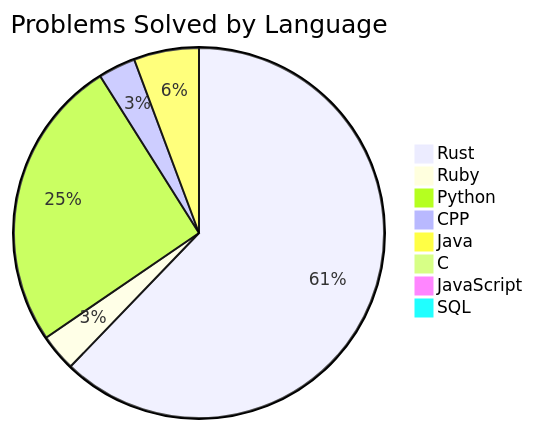
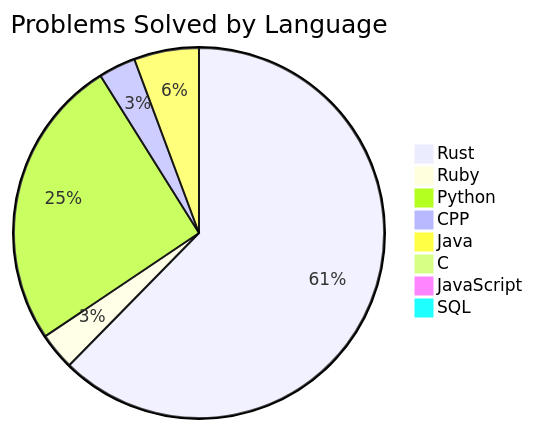
Before and after one commit to Liam-Wirth/leetcode-solutions: the second of 2 diagrams in README.md, drawn with Mermaid. The commit also changed other lines of this file and 6 other files, not shown here.

````diff
--- a/README.md
+++ b/README.md
@@ -47,11 +47,11 @@
 ```mermaid
 pie title Problems Solved by Language
-    "Rust": 153
+    "Rust": 154
     "Ruby": 8
     "Python": 63
     "CPP": 8
     "Java": 14
     "C": 1
     "JavaScript": 2
     "SQL": 2
 ```
````
